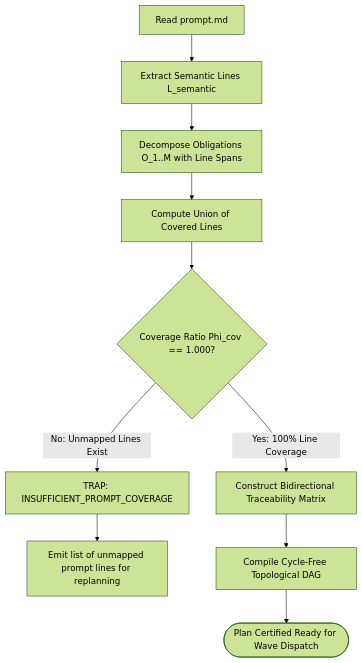
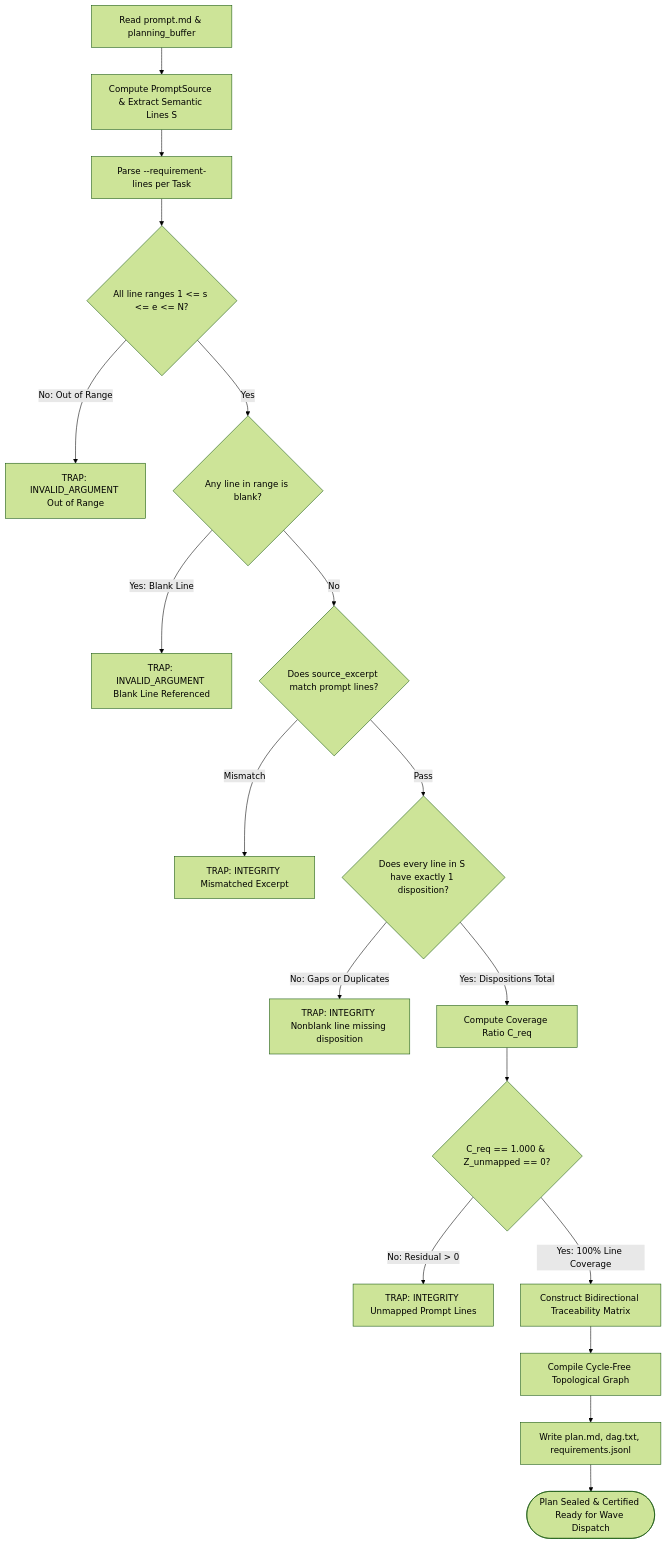
The diagram in docs/olt/architecture/04-continuous-preplanning-factory/04-02-one-hundred-percent-line-coverage.md (onurseckin/skills), drawn with Mermaid (forest theme) before and after one commit. The commit also changed other lines of this file and 163 other files, not shown here.

````diff
--- a/docs/olt/architecture/04-continuous-preplanning-factory/04-02-one-hundred-percent-line-coverage.md
+++ b/docs/olt/architecture/04-continuous-preplanning-factory/04-02-one-hundred-percent-line-coverage.md
@@ -56,14 +119,26 @@
 ```mermaid
 flowchart TD
-    Prompt[Read prompt.md] --> ExtractLines[Extract Semantic Lines L_semantic]
-    ExtractLines --> Decompose[Decompose Obligations O_1..M with Line Spans]
-    Decompose --> ComputeUnion[Compute Union of Covered Lines]
-    ComputeUnion --> CheckCoverage{Coverage Ratio Phi_cov == 1.000?}
+    Start[Read prompt.md & planning_buffer] --> SourceCheck[Compute PromptSource & Extract Semantic Lines S]
+    SourceCheck --> LineRangeCheck[Parse --requirement-lines per Task]
 
-    CheckCoverage -->|No: Unmapped Lines Exist| TrapCoverage[TRAP: INSUFFICIENT_PROMPT_COVERAGE]
-    TrapCoverage --> EmitMissingLines[Emit list of unmapped prompt lines for replanning]
+    LineRangeCheck --> ValidateBounds{All line ranges 1 <= s <= e <= N?}
+    ValidateBounds -->|No: Out of Range| TrapBounds[TRAP: INVALID_ARGUMENT Out of Range]
 
-    CheckCoverage -->|Yes: 100% Line Coverage| BuildMatrix[Construct Bidirectional Traceability Matrix]
-    BuildMatrix --> CompileDAG[Compile Cycle-Free Topological DAG]
-    CompileDAG --> PlanReady([Plan Certified Ready for Wave Dispatch])
+    ValidateBounds -->|Yes| CheckBlanks{Any line in range is blank?}
+    CheckBlanks -->|Yes: Blank Line| TrapBlank[TRAP: INVALID_ARGUMENT Blank Line Referenced]
+
+    CheckBlanks -->|No| ExcerptCheck{Does source_excerpt match prompt lines?}
+    ExcerptCheck -->|Mismatch| TrapExcerpt[TRAP: INTEGRITY Mismatched Excerpt]
+
+    ExcerptCheck -->|Pass| DispositionsAudit{Does every line in S have exactly 1 disposition?}
+    DispositionsAudit -->|No: Gaps or Duplicates| TrapDisp[TRAP: INTEGRITY Nonblank line missing disposition]
+
+    DispositionsAudit -->|Yes: Dispositions Total| ComputeRatio[Compute Coverage Ratio C_req]
+    ComputeRatio --> CoverageCheck{C_req == 1.000 & Z_unmapped == 0?}
+    CoverageCheck -->|No: Residual > 0| TrapCoverage[TRAP: INTEGRITY Unmapped Prompt Lines]
+
+    CoverageCheck -->|Yes: 100% Line Coverage| BuildMatrix[Construct Bidirectional Traceability Matrix]
+    BuildMatrix --> CompileDAG[Compile Cycle-Free Topological Graph]
+    CompileDAG --> EmitArtifacts[Write plan.md, dag.txt, requirements.jsonl]
+    EmitArtifacts --> Ready([Plan Sealed & Certified Ready for Wave Dispatch])
 ```
````
